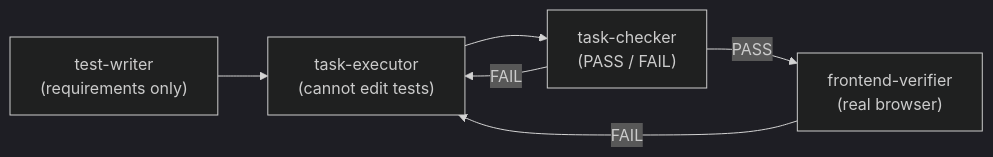
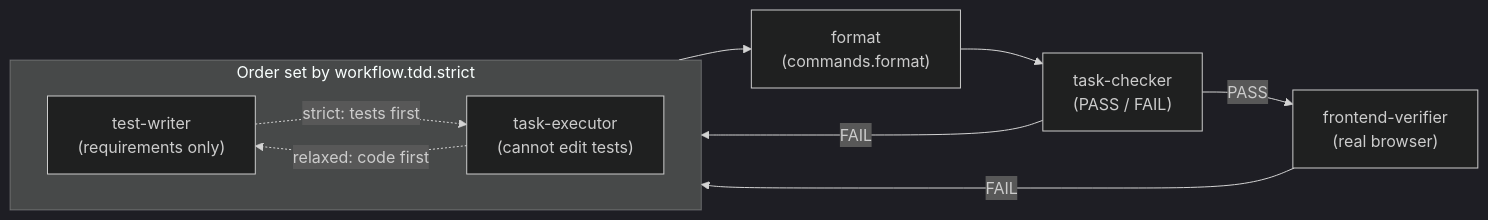
One commit to ac8318740/spechub changed the second of 2 diagrams in docs/workflows.md. Above: the diagram before and after it, drawn with Mermaid (dark theme). The commit also changed other lines of this file and 5 other files, not shown here.

First line of the commit message:
feat(pipeline): read workflow.tdd.strict and run commands.format

````diff
--- a/docs/workflows.md
+++ b/docs/workflows.md
@@ -82,8 +82,15 @@
 ```mermaid
 flowchart LR
-    W["test-writer<br/>(requirements only)"] --> E["task-executor<br/>(cannot edit tests)"]
-    E --> K["task-checker<br/>(PASS / FAIL)"]
+    subgraph P["Order set by workflow.tdd.strict"]
+        direction LR
+        W["test-writer<br/>(requirements only)"]
+        E["task-executor<br/>(cannot edit tests)"]
+        W -.->|"strict: tests first"| E
+        E -.->|"relaxed: code first"| W
+    end
+    P --> Fm["format<br/>(commands.format)"]
+    Fm --> K["task-checker<br/>(PASS / FAIL)"]
     K -->|FAIL| E
     K -->|PASS| V["frontend-verifier<br/>(real browser)"]
     V -->|FAIL| E
 ```
````
